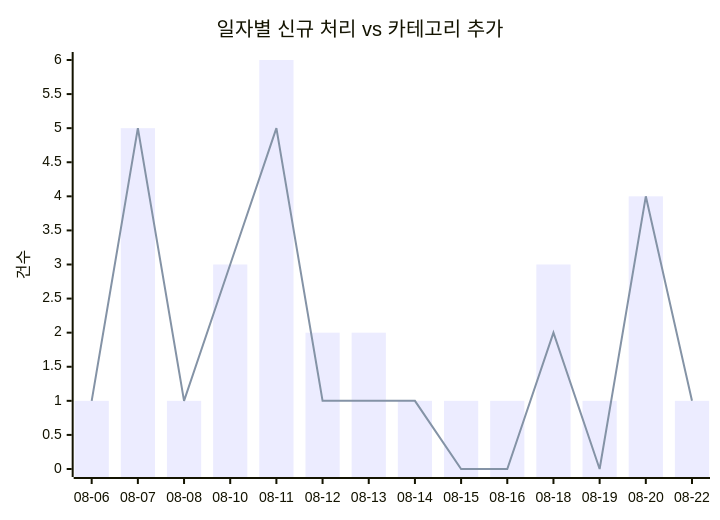
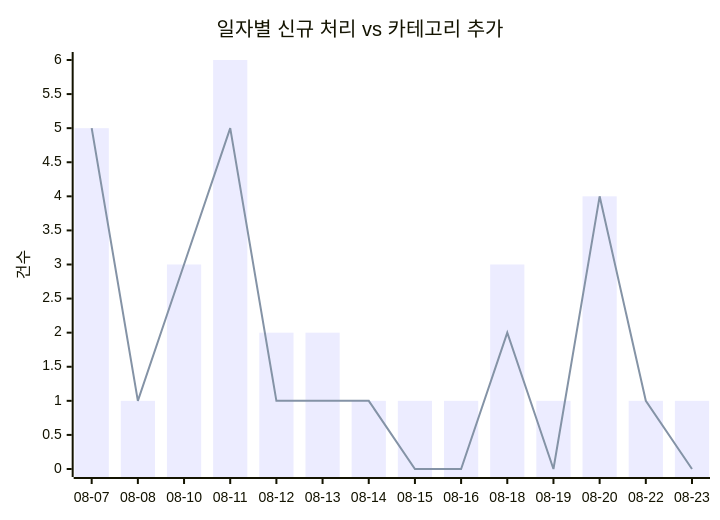
The first of 2 diagrams in docs/trends.md (J-nowcow/awesome-korean-agent-skills), drawn with Mermaid before and after one commit. The commit also changed other lines of this file and 2 other files, not shown here.

````diff
--- a/docs/trends.md
+++ b/docs/trends.md
@@ -32,8 +32,8 @@
 ```mermaid
 xychart-beta
     title "일자별 신규 처리 vs 카테고리 추가"
-    x-axis ["08-06","08-07","08-08","08-10","08-11","08-12","08-13","08-14","08-15","08-16","08-18","08-19","08-20","08-22"]
+    x-axis ["08-07","08-08","08-10","08-11","08-12","08-13","08-14","08-15","08-16","08-18","08-19","08-20","08-22","08-23"]
     y-axis "건수"
-    bar [1,5,1,3,6,2,2,1,1,1,3,1,4,1]
-    line [1,5,1,3,5,1,1,1,0,0,2,0,4,1]
+    bar [5,1,3,6,2,2,1,1,1,3,1,4,1,1]
+    line [5,1,3,5,1,1,1,0,0,2,0,4,1,0]
 ```
````
